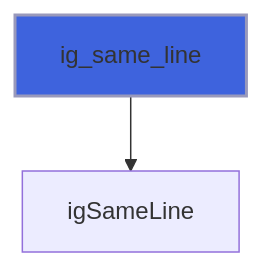
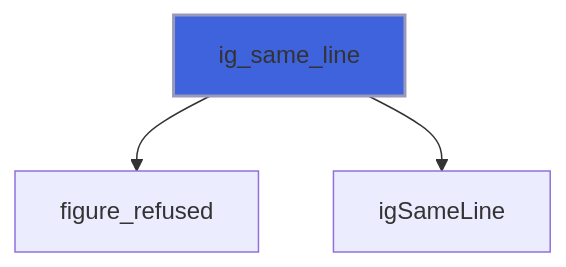
One commit to szaghi/figure changed diagram 11 of 39 in docs/api/src/lib/figure_imgui.md. Above: the diagram before and after it, drawn with Mermaid. The commit also changed other lines of this file and 10 other files, not shown here.

````diff
--- a/docs/api/src/lib/figure_imgui.md
+++ b/docs/api/src/lib/figure_imgui.md
@@ -347,5 +366,6 @@
 ```mermaid
 flowchart TD
+  ig_same_line["ig_same_line"] --> figure_refused["figure_refused"]
   ig_same_line["ig_same_line"] --> igSameLine["igSameLine"]
   style ig_same_line fill:#3e63dd,stroke:#99b,stroke-width:2px
 ```
````
